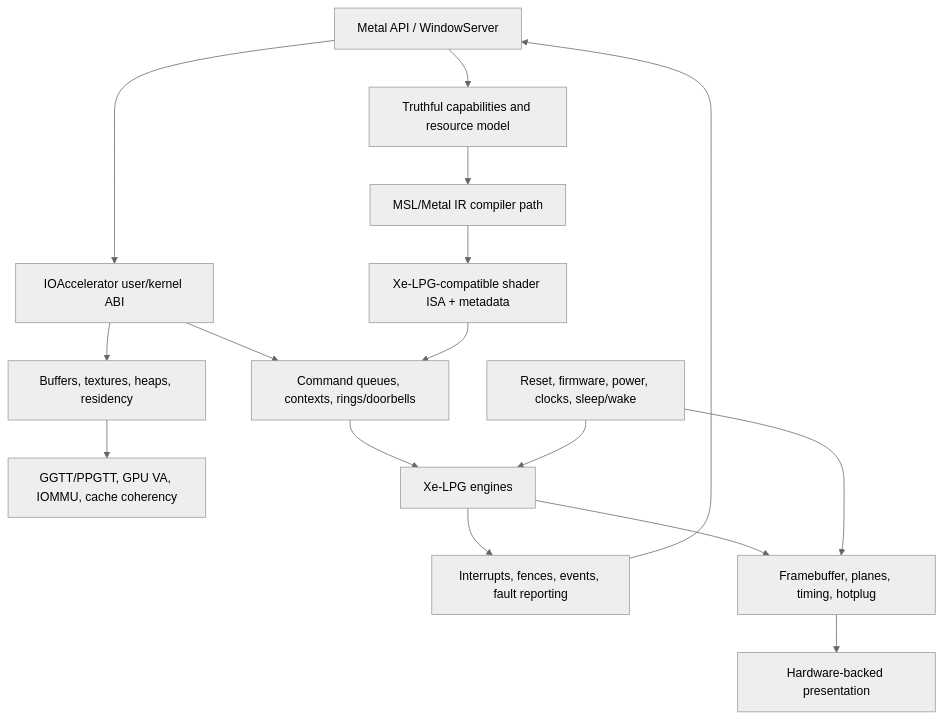
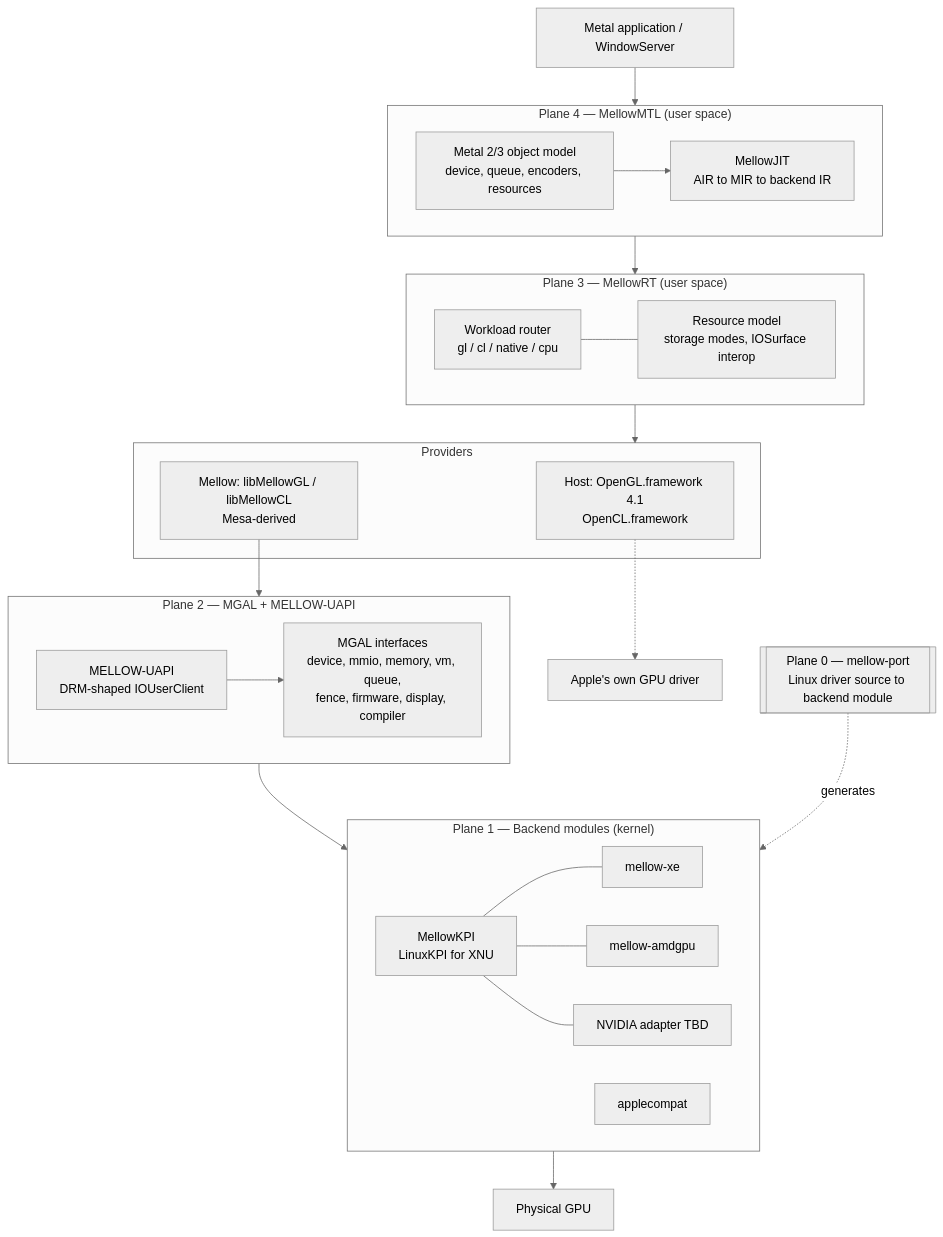
Before and after one commit to NiSeullent/Mellow: the first of 2 diagrams in docs/ARCHITECTURE.md, drawn with Mermaid (neutral theme). The commit also changed other lines of this file and 60 other files, not shown here.

Commit message:
Reframe Mellow around Metal emulation and verified driver-porting foundations

````diff
--- a/docs/ARCHITECTURE.md
+++ b/docs/ARCHITECTURE.md
@@ -52,18 +25,48 @@
 ```mermaid
 flowchart TB
-  API[Metal API / WindowServer] --> CAPS[Truthful capabilities and resource model]
-  CAPS --> COMP[MSL/Metal IR compiler path]
-  COMP --> ISA[Xe-LPG-compatible shader ISA + metadata]
-  API --> IOABI[IOAccelerator user/kernel ABI]
-  IOABI --> RES[Buffers, textures, heaps, residency]
-  RES --> VM[GGTT/PPGTT, GPU VA, IOMMU, cache coherency]
-  IOABI --> QUEUE[Command queues, contexts, rings/doorbells]
-  ISA --> QUEUE
-  QUEUE --> GPU[Xe-LPG engines]
-  GPU --> SYNC[Interrupts, fences, events, fault reporting]
-  SYNC --> API
-  GPU --> DISPLAY[Framebuffer, planes, timing, hotplug]
-  DISPLAY --> COMPOSITOR[Hardware-backed presentation]
-  PM[Reset, firmware, power, clocks, sleep/wake] --> GPU
-  PM --> DISPLAY
+  APP[Metal application / WindowServer]
+  APP --> P4
+
+  subgraph P4["Plane 4 — MellowMTL (user space)"]
+    MTL[Metal 2/3 object model<br/>device, queue, encoders, resources]
+    JIT[MellowJIT<br/>AIR to MIR to backend IR]
+    MTL --> JIT
+  end
+
+  subgraph P3["Plane 3 — MellowRT (user space)"]
+    ROUTE[Workload router<br/>gl / cl / native / cpu]
+    RES[Resource model<br/>storage modes, IOSurface interop]
+    ROUTE --- RES
+  end
+
+  subgraph PROV["Providers"]
+    HOSTGL[Host: OpenGL.framework 4.1<br/>OpenCL.framework]
+    MELGL[Mellow: libMellowGL / libMellowCL<br/>Mesa-derived]
+  end
+
+  subgraph P2["Plane 2 — MGAL + MELLOW-UAPI"]
+    UAPI[MELLOW-UAPI<br/>DRM-shaped IOUserClient]
+    GAL[MGAL interfaces<br/>device, mmio, memory, vm, queue,<br/>fence, firmware, display, compiler]
+    UAPI --> GAL
+  end
+
+  subgraph P1["Plane 1 — Backend modules (kernel)"]
+    KPI[MellowKPI<br/>LinuxKPI for XNU]
+    XE[mellow-xe]
+    AMD[mellow-amdgpu]
+    NOVA[NVIDIA adapter TBD]
+    AC[applecompat]
+    KPI --- XE
+    KPI --- AMD
+    KPI --- NOVA
+  end
+
+  P4 --> P3
+  P3 --> PROV
+  HOSTGL -.-> APPLEDRV[Apple's own GPU driver]
+  MELGL --> P2
+  P2 --> P1
+  P1 --> HW[Physical GPU]
+
+  P0[["Plane 0 — mellow-port<br/>Linux driver source to backend module"]] -.generates.-> P1
 ```
````
